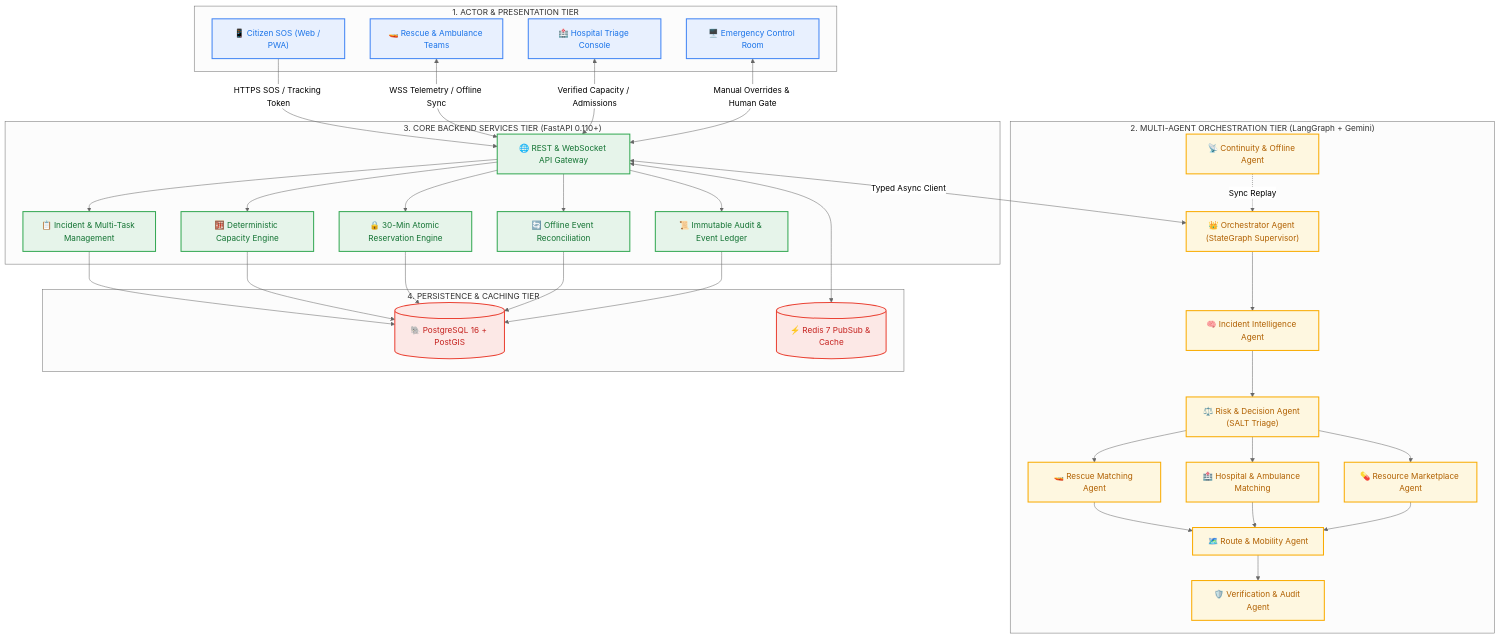
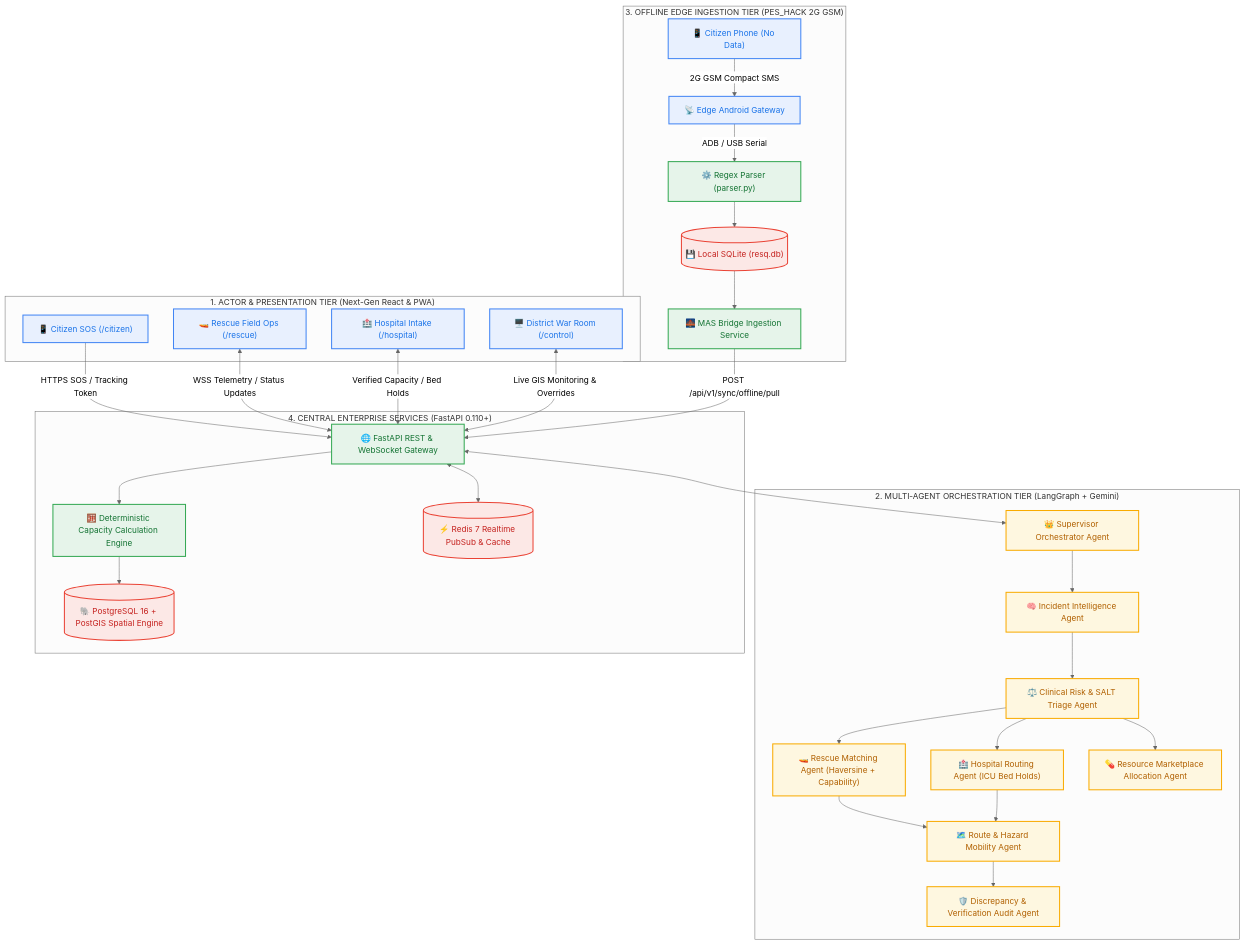
One commit to Pavan-Gowda-S/Resq changed the diagram in README.md. Above: the diagram before and after it, drawn with Mermaid (neutral theme). The commit also changed other lines of this file, not shown here.

Commit message:
docs: revamp README with live Vercel deployment link, interactive portal showcase, MAS architecture, and mathematical formulas

````diff
--- a/README.md
+++ b/README.md
@@ -29,55 +63,59 @@
 ```mermaid
 flowchart TB
     classDef clientTier fill:#E8F0FE,stroke:#4285F4,stroke-width:2px,color:#1A73E8;
     classDef agentTier fill:#FEF7E0,stroke:#F9AB00,stroke-width:2px,color:#B06000;
     classDef backendTier fill:#E6F4EA,stroke:#34A853,stroke-width:2px,color:#137333;
     classDef dbTier fill:#FCE8E6,stroke:#EA4335,stroke-width:2px,color:#C5221F;
 
-    subgraph Tier1["1. ACTOR & PRESENTATION TIER"]
-        Citizen["📱 Citizen SOS (Web / PWA)"]:::clientTier
-        Responder["🚤 Rescue & Ambulance Teams"]:::clientTier
-        Hospital["🏥 Hospital Triage Console"]:::clientTier
-        ControlRoom["🖥️ Emergency Control Room"]:::clientTier
+    subgraph Tier1["1. ACTOR & PRESENTATION TIER (Next-Gen React & PWA)"]
+        Citizen["📱 Citizen SOS (/citizen)"]:::clientTier
+        Responder["🚤 Rescue Field Ops (/rescue)"]:::clientTier
+        Hospital["🏥 Hospital Intake (/hospital)"]:::clientTier
+        ControlRoom["🖥️ District War Room (/control)"]:::clientTier
     end
 
     subgraph Tier2["2. MULTI-AGENT ORCHESTRATION TIER (LangGraph + Gemini)"]
-        Orchestrator["👑 Orchestrator Agent (StateGraph Supervisor)"]:::agentTier
+        Orchestrator["👑 Supervisor Orchestrator Agent"]:::agentTier
         Intelligence["🧠 Incident Intelligence Agent"]:::agentTier
-        RiskDecision["⚖️ Risk & Decision Agent (SALT Triage)"]:::agentTier
-        RescueMatch["🚤 Rescue Matching Agent"]:::agentTier
-        HospitalMatch["🏥 Hospital & Ambulance Matching"]:::agentTier
-        RouteMobility["🗺️ Route & Mobility Agent"]:::agentTier
-        Marketplace["💊 Resource Marketplace Agent"]:::agentTier
-        Continuity["📡 Continuity & Offline Agent"]:::agentTier
-        AuditAgent["🛡️ Verification & Audit Agent"]:::agentTier
+        RiskDecision["⚖️ Clinical Risk & SALT Triage Agent"]:::agentTier
+        RescueMatch["🚤 Rescue Matching Agent (Haversine + Capability)"]:::agentTier
+        HospitalMatch["🏥 Hospital Routing Agent (ICU Bed Holds)"]:::agentTier
+        RouteMobility["🗺️ Route & Hazard Mobility Agent"]:::agentTier
+        Marketplace["💊 Resource Marketplace Allocation Agent"]:::agentTier
+        AuditAgent["🛡️ Discrepancy & Verification Audit Agent"]:::agentTier
     end
 
-    subgraph Tier3["3. CORE BACKEND SERVICES TIER (FastAPI 0.110+)"]
-        Gateway["🌐 REST & WebSocket API Gateway"]:::backendTier
-        IncidentSvc["📋 Incident & Multi-Task Management"]:::backendTier
-        CapacityEng["🧮 Deterministic Capacity Engine"]:::backendTier
-        ReservationSvc["🔒 30-Min Atomic Reservation Engine"]:::backendTier
-        SyncSvc["🔄 Offline Event Reconciliation"]:::backendTier
-        AuditLedger["📜 Immutable Audit & Event Ledger"]:::backendTier
+    subgraph Tier3["3. OFFLINE EDGE INGESTION TIER (PES_HACK 2G GSM)"]
+        PhoneA["📱 Citizen Phone (No Data)"]:::clientTier
+        PhoneB["📡 Edge Android Gateway"]:::clientTier
+        Parser["⚙️ Regex Parser (parser.py)"]:::backendTier
+        LocalDB[("💾 Local SQLite (resq.db)")]:::dbTier
+        BridgeService["🌉 MAS Bridge Ingestion Service"]:::backendTier
     end
 
-    subgraph Tier4["4. PERSISTENCE & CACHING TIER"]
-        Postgres[("🐘 PostgreSQL 16 + PostGIS")]:::dbTier
-        Redis[("⚡ Redis 7 PubSub & Cache")]:::dbTier
+    subgraph Tier4["4. CENTRAL ENTERPRISE SERVICES (FastAPI 0.110+)"]
+        APIGateway["🌐 FastAPI REST & WebSocket Gateway"]:::backendTier
+        CapacityEngine["🧮 Deterministic Capacity Calculation Engine"]:::backendTier
+        Postgres[("🐘 PostgreSQL 16 + PostGIS Spatial Engine")]:::dbTier
+        Redis[("⚡ Redis 7 Realtime PubSub & Cache")]:::dbTier
     end
 
-    Citizen -->|"HTTPS SOS / Tracking Token"| Gateway
-    Responder <-->|"WSS Telemetry / Offline Sync"| Gateway
-    Hospital <-->|"Verified Capacity / Admissions"| Gateway
-    ControlRoom <-->|"Manual Overrides & Human Gate"| Gateway
+    Citizen -->|"HTTPS SOS / Tracking Token"| APIGateway
+    Responder <-->|"WSS Telemetry / Status Updates"| APIGateway
+    Hospital <-->|"Verified Capacity / Bed Holds"| APIGateway
+    ControlRoom <-->|"Live GIS Monitoring & Overrides"| APIGateway
 
-    Gateway <-->|"Typed Async Client"| Orchestrator
+    PhoneA -->|"2G GSM Compact SMS"| PhoneB
+    PhoneB -->|"ADB / USB Serial"| Parser
+    Parser --> LocalDB
+    LocalDB --> BridgeService
+    BridgeService -->|"POST /api/v1/sync/offline/pull"| APIGateway
+
+    APIGateway <--> Orchestrator
     Orchestrator --> Intelligence --> RiskDecision
     RiskDecision --> RescueMatch & HospitalMatch & Marketplace
-    RescueMatch & HospitalMatch & Marketplace --> RouteMobility --> AuditAgent
-    Continuity -.->|"Sync Replay"| Orchestrator
+    RescueMatch & HospitalMatch --> RouteMobility --> AuditAgent
 
-    Gateway --> IncidentSvc & CapacityEng & ReservationSvc & SyncSvc & AuditLedger
-    IncidentSvc & CapacityEng & ReservationSvc & SyncSvc & AuditLedger --> Postgres
-    Gateway <--> Redis
+    APIGateway --> CapacityEngine --> Postgres
+    APIGateway <--> Redis
 ```
````
